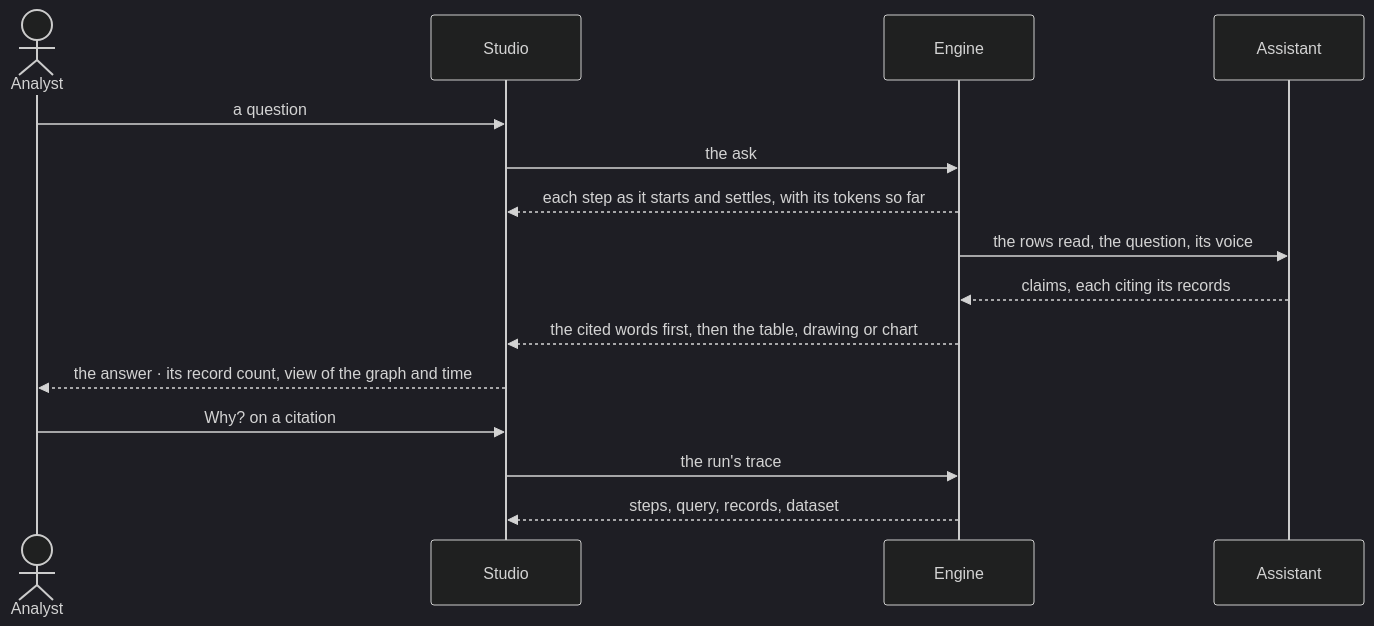
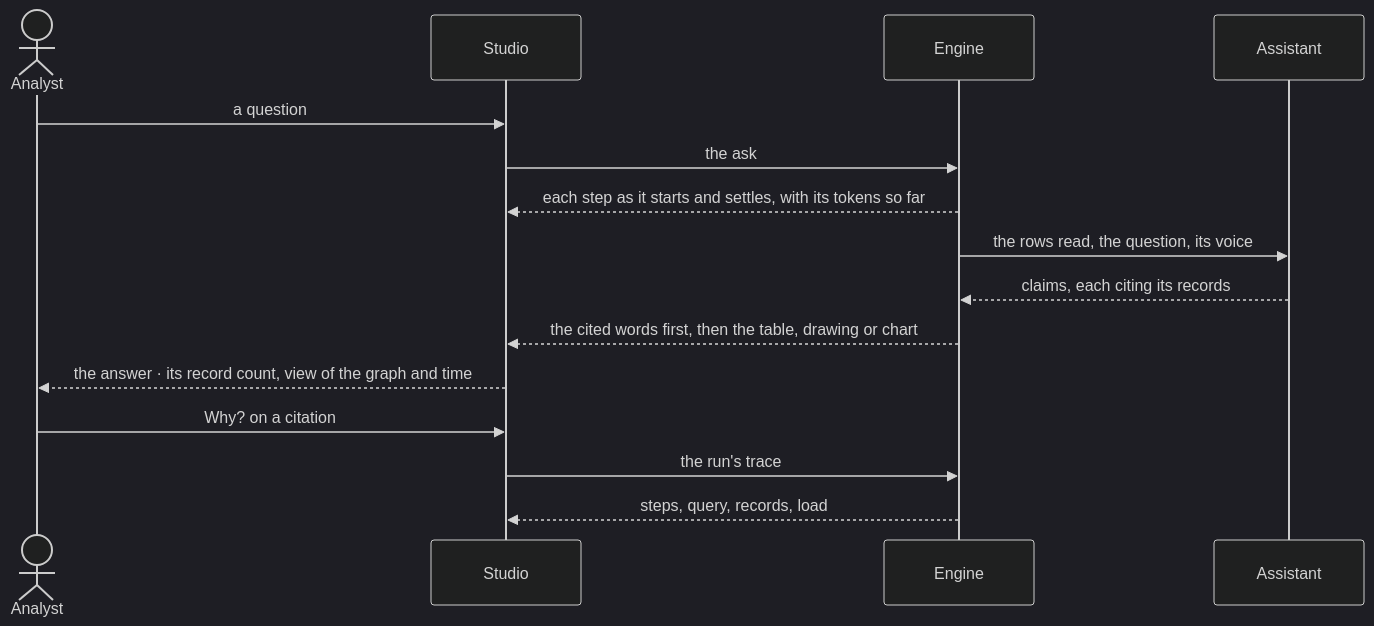
The second of 2 diagrams in specs/capabilities/explore/features/EX-F04-the-answer/feature.md (invana/invana), drawn with Mermaid (dark theme) before and after one commit. The commit also changed other lines of this file and 637 other files, not shown here.

````diff
--- a/specs/capabilities/explore/features/EX-F04-the-answer/feature.md
+++ b/specs/capabilities/explore/features/EX-F04-the-answer/feature.md
@@ -48,17 +49,17 @@
 ```mermaid
 sequenceDiagram
   actor P as Analyst
   participant S as Studio
   participant E as Engine
   participant A as Assistant
   P->>S: a question
   S->>E: the ask
   E-->>S: each step as it starts and settles, with its tokens so far
   E->>A: the rows read, the question, its voice
   A-->>E: claims, each citing its records
   E-->>S: the cited words first, then the table, drawing or chart
   S-->>P: the answer · its record count, view of the graph and time
   P->>S: Why? on a citation
   S->>E: the run's trace
-  E-->>S: steps, query, records, dataset
+  E-->>S: steps, query, records, load
 ```
````
